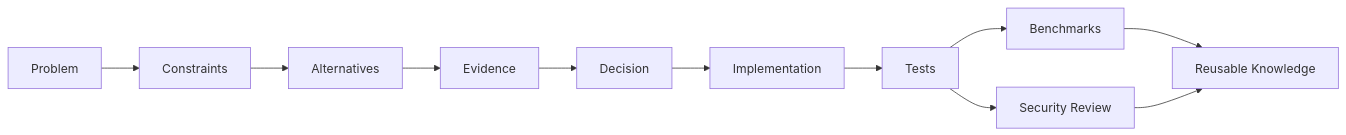
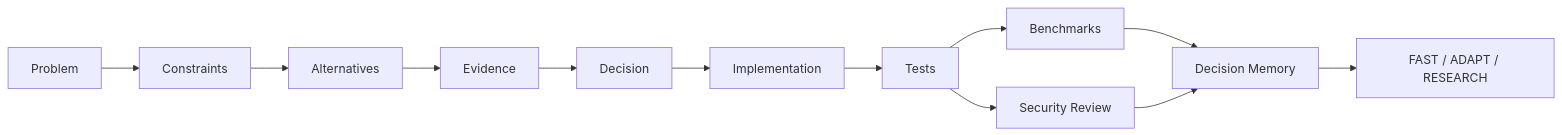
Before and after one commit to VictorKVS/KNOWLEDGE_CORE: the first of 2 diagrams in README.md, drawn with Mermaid. The commit also changed other lines of this file, not shown here.

Commit message:
Expand Engineering Knowledge system-level navigation

````diff
--- a/README.md
+++ b/README.md
@@ -36,13 +36,14 @@
 ```mermaid
 flowchart LR
     P[Problem] --> C[Constraints]
     C --> A[Alternatives]
     A --> E[Evidence]
     E --> D[Decision]
     D --> I[Implementation]
     I --> T[Tests]
     T --> B[Benchmarks]
     T --> S[Security Review]
-    B --> R[Reusable Knowledge]
-    S --> R
+    B --> M[Decision Memory]
+    S --> M
+    M --> F[FAST / ADAPT / RESEARCH]
 ```
````
